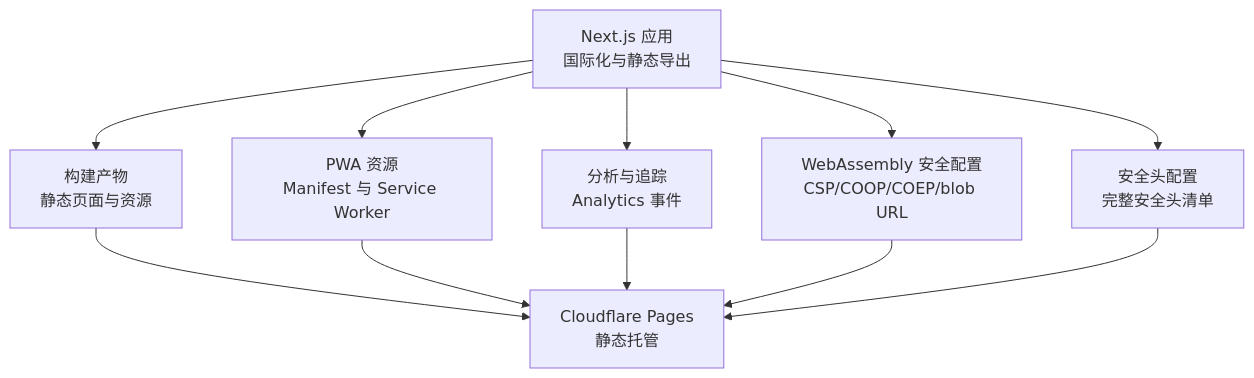
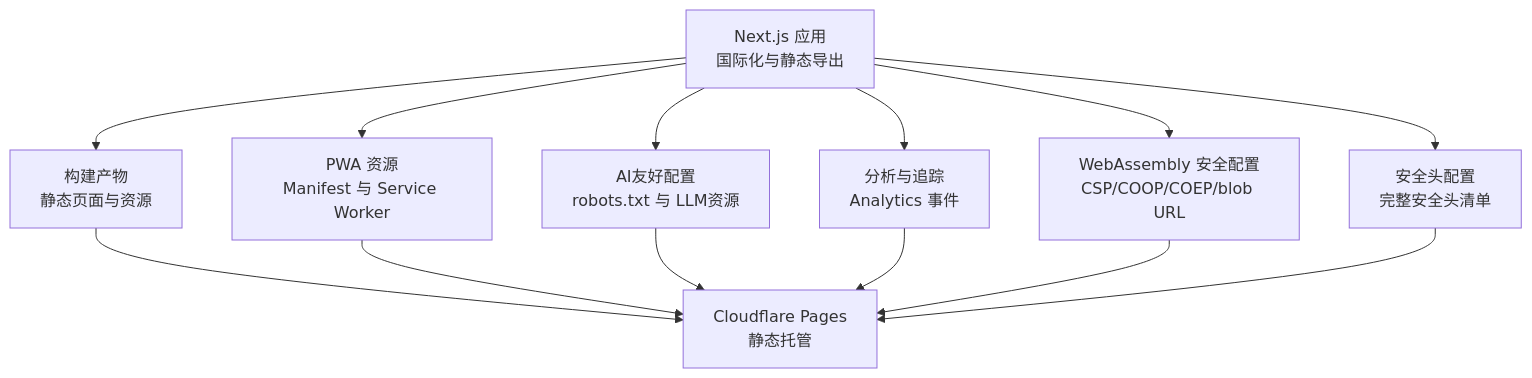
Before and after one commit to sgyy/privadeck: the first of 9 diagrams in .qoder/repowiki/zh/content/部署与维护.md, drawn with Mermaid. The commit also changed other lines of this file and 4 other files, not shown here.

````diff
--- a/.qoder/repowiki/zh/content/部署与维护.md
+++ b/.qoder/repowiki/zh/content/部署与维护.md
@@ -54,13 +58,15 @@
 ```mermaid
 graph TB
 A["Next.js 应用<br/>国际化与静态导出"] --> B["构建产物<br/>静态页面与资源"]
 B --> C["Cloudflare Pages<br/>静态托管"]
 A --> D["PWA 资源<br/>Manifest 与 Service Worker"]
 D --> C
-A --> E["分析与追踪<br/>Analytics 事件"]
+A --> E["AI友好配置<br/>robots.txt 与 LLM资源"]
 E --> C
-A --> F["WebAssembly 安全配置<br/>CSP/COOP/COEP/blob URL"]
+A --> F["分析与追踪<br/>Analytics 事件"]
 F --> C
-A --> G["安全头配置<br/>完整安全头清单"]
+A --> G["WebAssembly 安全配置<br/>CSP/COOP/COEP/blob URL"]
 G --> C
+A --> H["安全头配置<br/>完整安全头清单"]
+H --> C
 ```
````
